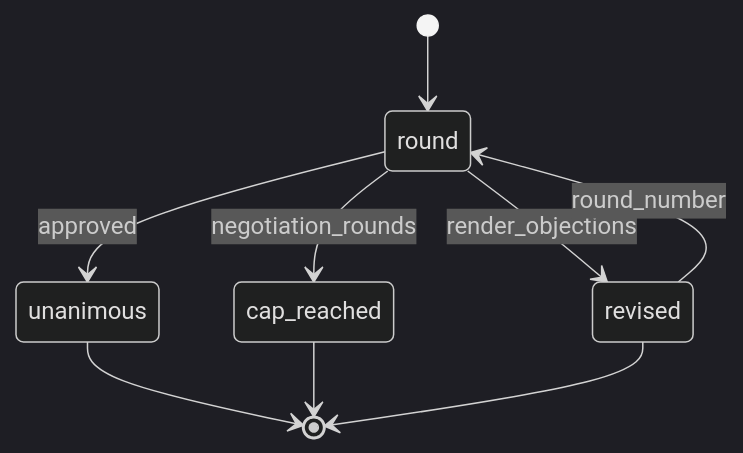
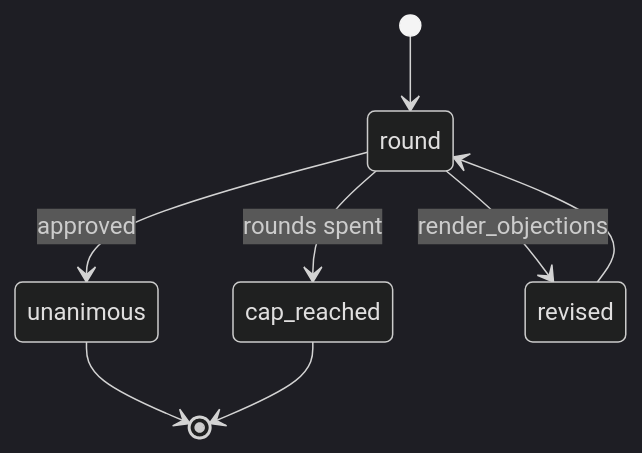
Before and after one commit to theagenticguy/pneuma: the fifth of 5 diagrams in docs/behavior/state-machines.md, drawn with Mermaid (dark theme). The commit also changed other lines of this file and 18 other files, not shown here.

````diff
--- a/docs/behavior/state-machines.md
+++ b/docs/behavior/state-machines.md
@@ -160,11 +159,10 @@
 ```mermaid
 stateDiagram-v2
     [*] --> round
     round --> unanimous : approved
-    round --> cap_reached : negotiation_rounds
+    round --> cap_reached : rounds spent
     round --> revised : render_objections
-    revised --> round : round_number
+    revised --> round
     unanimous --> [*]
     cap_reached --> [*]
-    revised --> [*]
 ```
````
